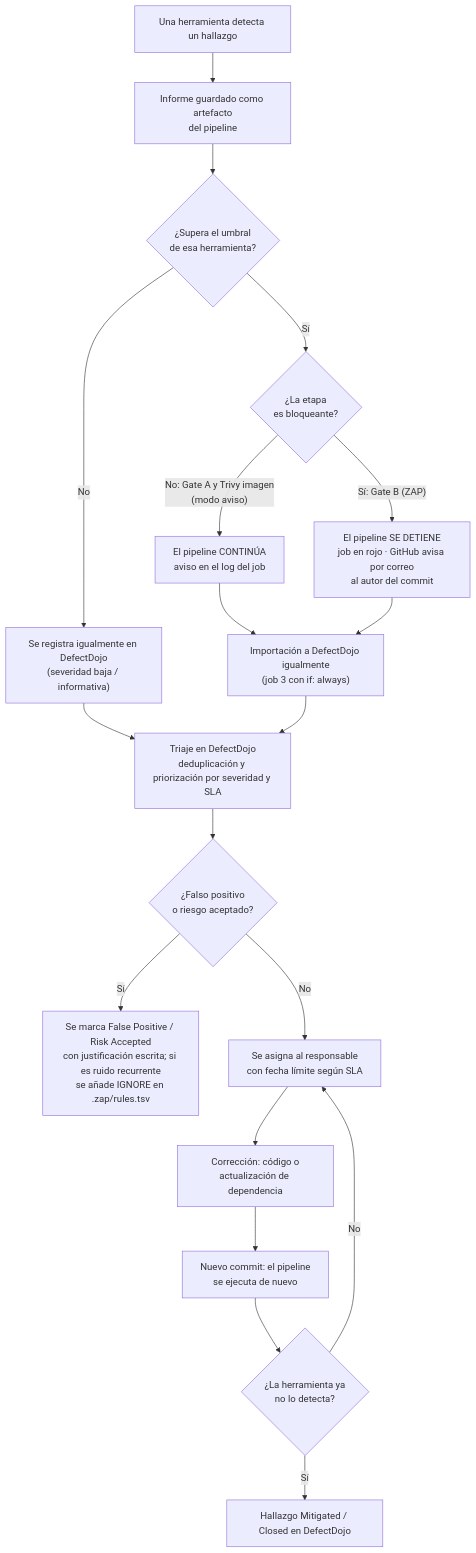
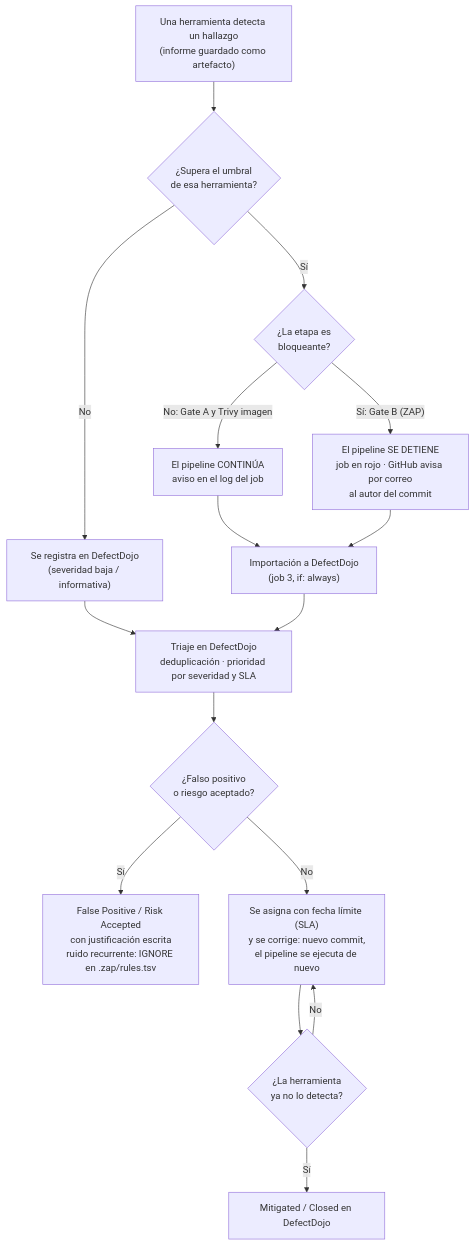
Before and after one commit to luialacon/webgoat_PAI-4: the diagram in docs/diagramas/flujo.mmd, drawn with Mermaid. The commit also changed 4 other files, not shown here.

First line of the commit message:
Informe tecnico regenerado (PDF + fuente HTML) y diagramas actualizados

```diff
--- a/docs/diagramas/flujo.mmd
+++ b/docs/diagramas/flujo.mmd
@@ -1,19 +1,16 @@
 flowchart TD
-    A["Una herramienta detecta un hallazgo"] --> B["Informe guardado como artefacto<br/>del pipeline"]
-    B --> C{"¿Supera el umbral<br/>de esa herramienta?"}
-    C -- No --> R1["Se registra igualmente en DefectDojo<br/>(severidad baja / informativa)"]
-    C -- Sí --> D{"¿La etapa<br/>es bloqueante?"}
-    D -- "No: Gate A y Trivy imagen<br/>(modo aviso)" --> W["El pipeline CONTINÚA<br/>aviso en el log del job"]
+    A["Una herramienta detecta un hallazgo<br/>(informe guardado como artefacto)"] --> C{"¿Supera el umbral<br/>de esa herramienta?"}
+    C -- No --> R1["Se registra en DefectDojo<br/>(severidad baja / informativa)"]
+    C -- Sí --> D{"¿La etapa es<br/>bloqueante?"}
+    D -- "No: Gate A y Trivy imagen" --> W["El pipeline CONTINÚA<br/>aviso en el log del job"]
     D -- "Sí: Gate B (ZAP)" --> X["El pipeline SE DETIENE<br/>job en rojo · GitHub avisa por correo<br/>al autor del commit"]
-    W --> R2
-    X --> R2["Importación a DefectDojo igualmente<br/>(job 3 con if: always)"]
-    R1 --> T
-    R2 --> T["Triaje en DefectDojo<br/>deduplicación y priorización por severidad y SLA"]
+    W --> R2["Importación a DefectDojo<br/>(job 3, if: always)"]
+    X --> R2
+    R1 --> T["Triaje en DefectDojo<br/>deduplicación · prioridad por severidad y SLA"]
+    R2 --> T
     T --> E{"¿Falso positivo<br/>o riesgo aceptado?"}
-    E -- Sí --> FP["Se marca False Positive / Risk Accepted<br/>con justificación escrita; si es ruido recurrente<br/>se añade IGNORE en .zap/rules.tsv"]
-    E -- No --> F["Se asigna al responsable<br/>con fecha límite según SLA"]
-    F --> G["Corrección: código o<br/>actualización de dependencia"]
-    G --> H["Nuevo commit: el pipeline<br/>se ejecuta de nuevo"]
-    H --> I{"¿La herramienta ya<br/>no lo detecta?"}
-    I -- Sí --> M["Hallazgo Mitigated / Closed en DefectDojo"]
+    E -- Sí --> FP["False Positive / Risk Accepted<br/>con justificación escrita<br/>ruido recurrente: IGNORE en .zap/rules.tsv"]
+    E -- No --> F["Se asigna con fecha límite (SLA)<br/>y se corrige: nuevo commit,<br/>el pipeline se ejecuta de nuevo"]
+    F --> I{"¿La herramienta<br/>ya no lo detecta?"}
+    I -- Sí --> M["Mitigated / Closed en DefectDojo"]
     I -- No --> F
```
